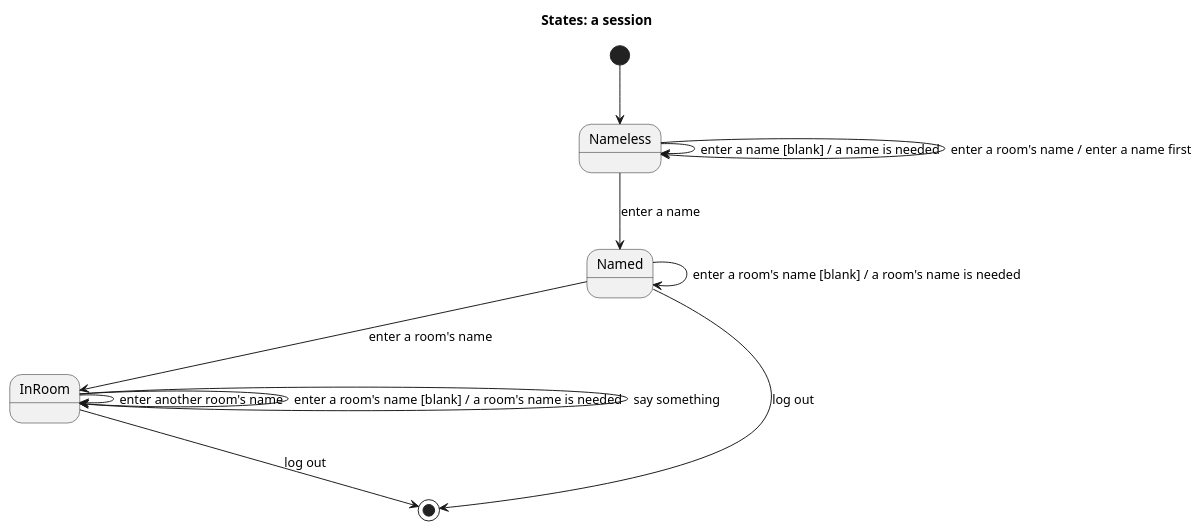
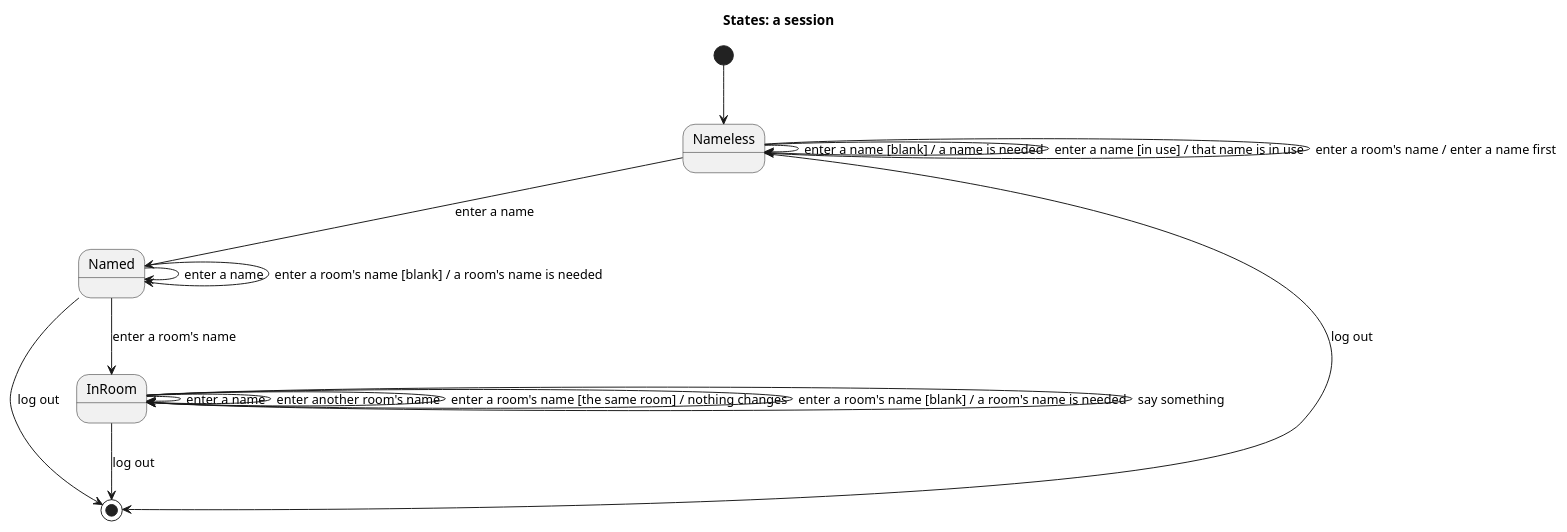
Before and after one commit to blueshed/dzql: the diagram in uml/src/session.puml, drawn with PlantUML. The commit also changed 10 other files, not shown here.

```diff
--- a/uml/src/session.puml
+++ b/uml/src/session.puml
@@ -1,14 +1,19 @@
 @startuml
 title States: a session
 [*] --> Nameless
 Nameless --> Named : enter a name
 Nameless --> Nameless : enter a name [blank] / a name is needed
+Nameless --> Nameless : enter a name [in use] / that name is in use
 Nameless --> Nameless : enter a room's name / enter a name first
+Nameless --> [*] : log out
+Named --> Named : enter a name
 Named --> InRoom : enter a room's name
 Named --> Named : enter a room's name [blank] / a room's name is needed
+InRoom --> InRoom : enter a name
 InRoom --> InRoom : enter another room's name
+InRoom --> InRoom : enter a room's name [the same room] / nothing changes
 InRoom --> InRoom : enter a room's name [blank] / a room's name is needed
 InRoom --> InRoom : say something
 Named --> [*] : log out
 InRoom --> [*] : log out
 @enduml
```
